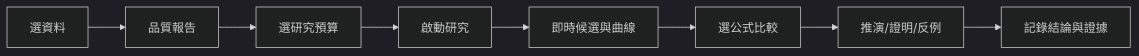
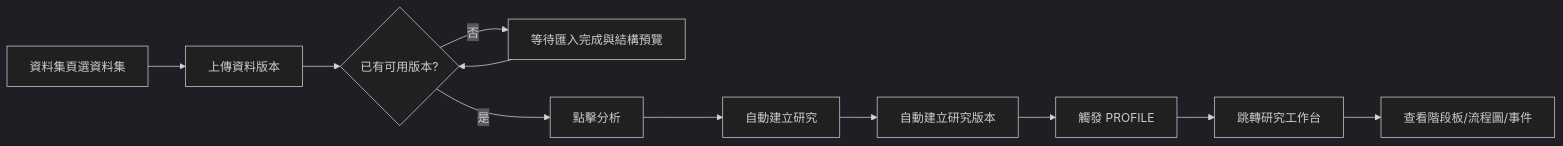
One commit to lovenovel0618/AXIOM changed the first of 2 diagrams in docs/企劃案/08-前端UX/24-畫面線框與互動流程.md. Above: the diagram before and after it, drawn with Mermaid (dark theme). The commit also changed other lines of this file and 140 other files, not shown here.

````diff
--- a/docs/企劃案/08-前端UX/24-畫面線框與互動流程.md
+++ b/docs/企劃案/08-前端UX/24-畫面線框與互動流程.md
@@ -26,10 +29,13 @@
 ```mermaid
 flowchart LR
- A[選資料]-->B[品質報告]
- B-->C[選研究預算]
- C-->D[啟動研究]
- D-->E[即時候選與曲線]
- E-->F[選公式比較]
- F-->G[推演/證明/反例]
- G-->H[記錄結論與證據]
+ A[資料集頁選資料集]-->B[上傳資料版本]
+ B-->C{已有可用版本?}
+ C--否-->D[等待匯入完成與結構預覽]
+ D-->C
+ C--是-->E[點擊分析]
+ E-->F[自動建立研究]
+ F-->G[自動建立研究版本]
+ G-->H[觸發 PROFILE]
+ H-->I[跳轉研究工作台]
+ I-->J[查看階段板/流程圖/事件]
 ```
````
